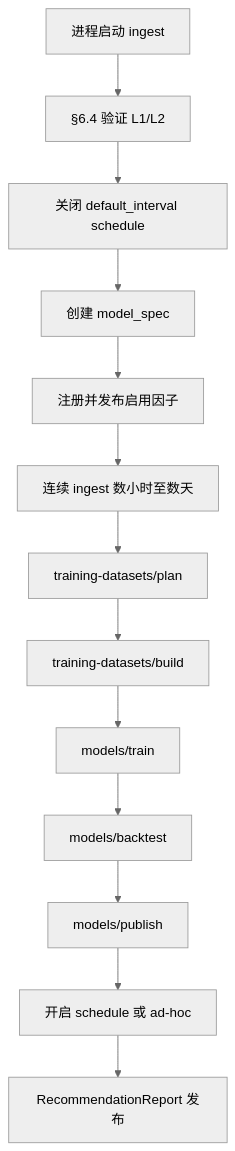
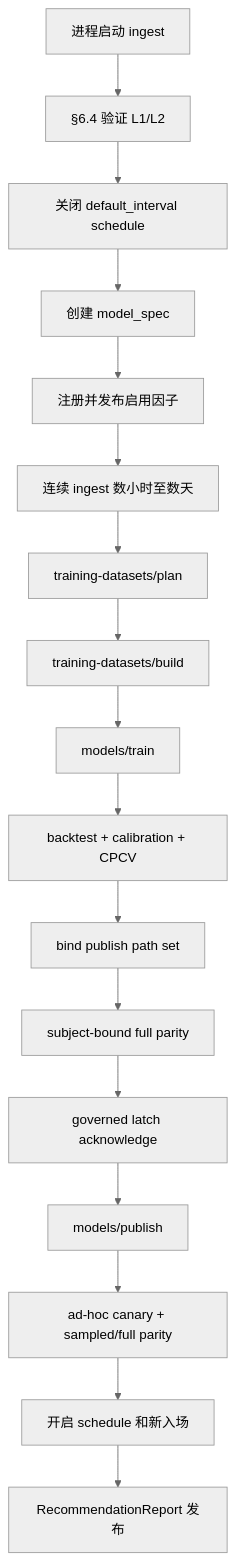
One commit to solomon-ssy/oxide-arb changed the second of 3 diagrams in docs/operations/runbook.md. Above: the diagram before and after it, drawn with Mermaid (neutral theme). The commit also changed other lines of this file and 463 other files, not shown here.

Commit message:
feat(core,research,models,repository,web,docs): ⚖️ Phase 11.6 — durable training-serving parity, feature integrity gates, and no-silent-zero serving

````diff
--- a/docs/operations/runbook.md
+++ b/docs/operations/runbook.md
@@ -716,15 +993,19 @@
 ```mermaid
 flowchart TD
     start[进程启动 ingest] --> verify[§6.4 验证 L1/L2]
     verify --> disable[关闭 default_interval schedule]
     disable --> spec[创建 model_spec]
     spec --> factors[注册并发布启用因子]
     factors --> ingest[连续 ingest 数小时至数天]
     ingest --> plan[training-datasets/plan]
     plan --> build[training-datasets/build]
     build --> train[models/train]
-    train --> backtest[models/backtest]
-    backtest --> publish[models/publish]
-    publish --> enable[开启 schedule 或 ad-hoc]
+    train --> validate[backtest + calibration + CPCV]
+    validate --> bind[bind publish path set]
+    bind --> proof[subject-bound full parity]
+    proof --> ack[governed latch acknowledge]
+    ack --> publish[models/publish]
+    publish --> canary[ad-hoc canary + sampled/full parity]
+    canary --> enable[开启 schedule 和新入场]
     enable --> report[RecommendationReport 发布]
 ```
````
